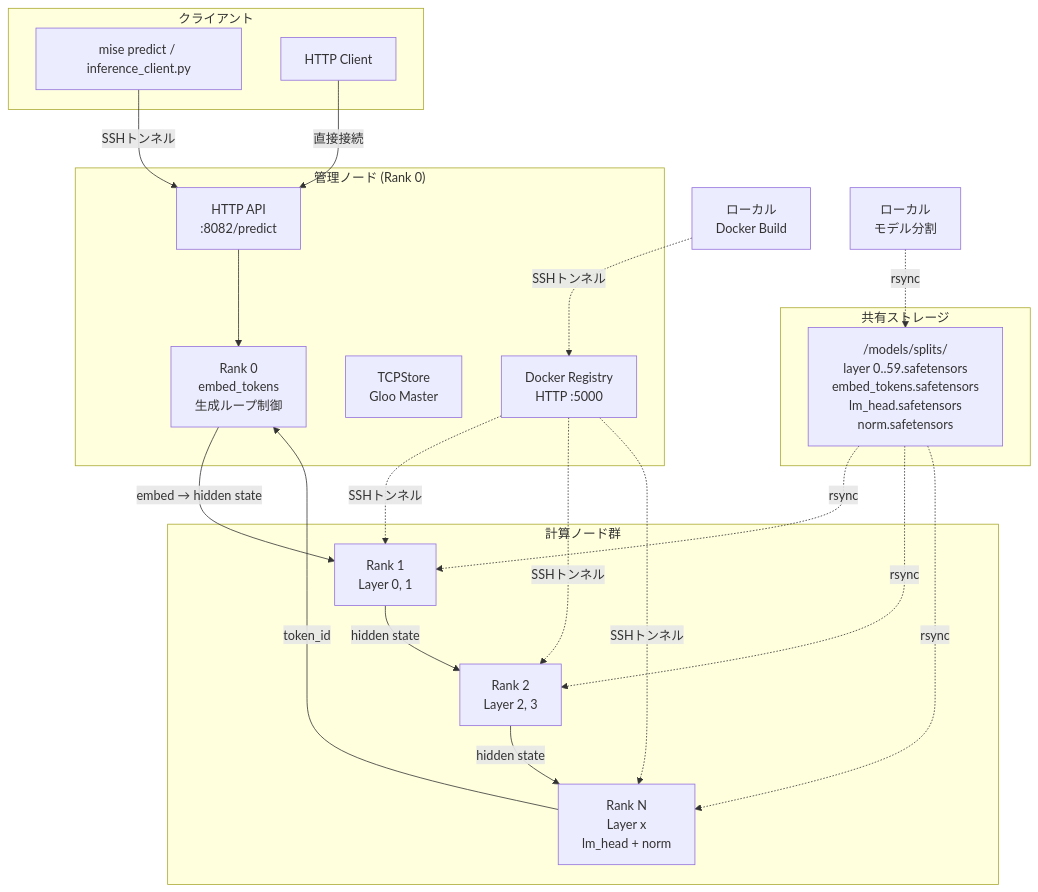
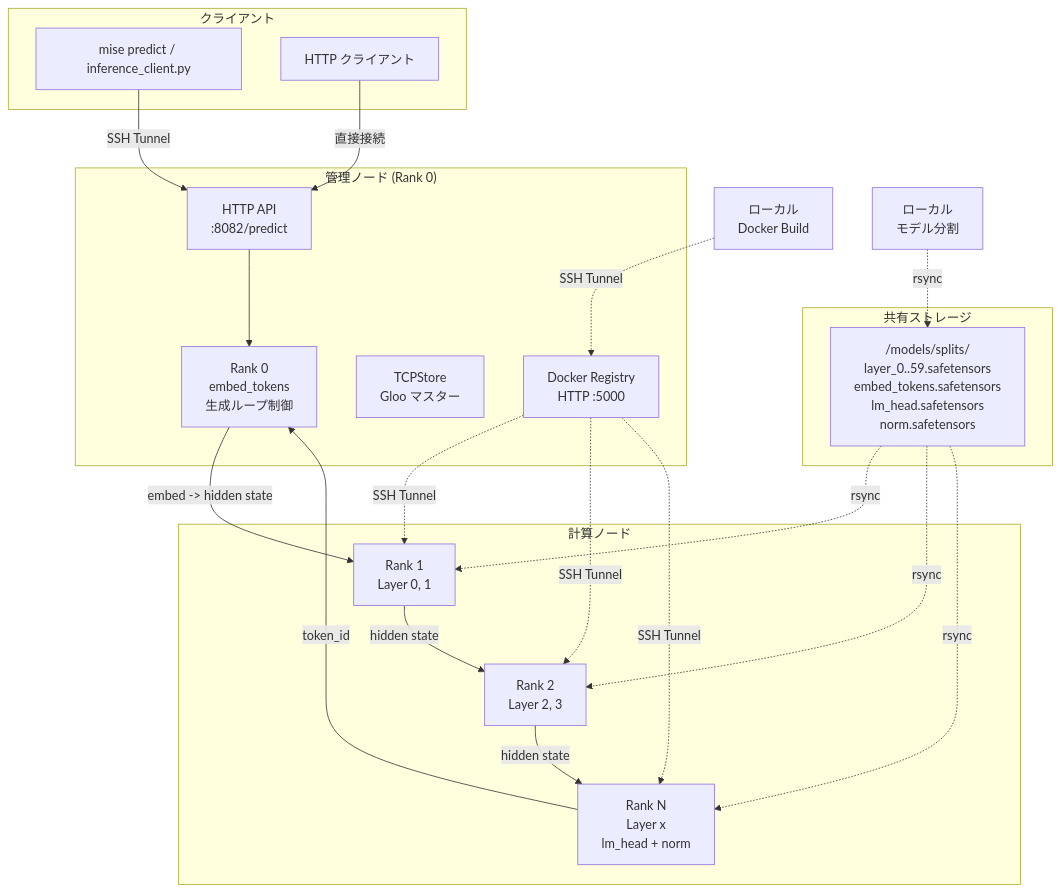
The first of 7 diagrams in README.md (babcs2035/distributed-llm), drawn with Mermaid before and after one commit. The commit also changed other lines of this file and 17 other files, not shown here.

````diff
--- a/README.md
+++ b/README.md
@@ -38,44 +36,44 @@
 ```mermaid
 graph TB
     subgraph Client["クライアント"]
         CLI[mise predict / inference_client.py]
-        HTTP[HTTP Client]
+        HTTP[HTTP クライアント]
     end
 
     subgraph Master["管理ノード (Rank 0)"]
         Reg[Docker Registry<br/>HTTP :5000]
         HTTP_API[HTTP API<br/>:8082/predict]
-        TCPStore[TCPStore<br/>Gloo Master]
+        TCPStore[TCPStore<br/>Gloo マスター]
         R0[Rank 0<br/>embed_tokens<br/>生成ループ制御]
     end
 
-    subgraph Workers["計算ノード群"]
+    subgraph Workers["計算ノード"]
         R1[Rank 1<br/>Layer 0, 1]
         R2[Rank 2<br/>Layer 2, 3]
         RN[Rank N<br/>Layer x<br/>lm_head + norm]
     end
 
     subgraph Storage["共有ストレージ"]
-        Models["/models/splits/<br/>layer 0..59.safetensors<br/>embed_tokens.safetensors<br/>lm_head.safetensors<br/>norm.safetensors"]
+        Models["/models/splits/<br/>layer_0..59.safetensors<br/>embed_tokens.safetensors<br/>lm_head.safetensors<br/>norm.safetensors"]
     end
 
-    CLI -->|SSHトンネル| HTTP_API
+    CLI -->|SSH Tunnel| HTTP_API
     HTTP -->|直接接続| HTTP_API
     HTTP_API --> R0
 
-    R0 -->|embed → hidden state| R1
+    R0 -->|embed -> hidden state| R1
     R1 -->|hidden state| R2
     R2 -->|hidden state| RN
 
     RN -->|token_id| R0
 
-    Build[ローカル<br/>Docker Build] -.SSHトンネル.-> Reg
+    Build[ローカル<br/>Docker Build] -.SSH Tunnel.-> Reg
     Split[ローカル<br/>モデル分割] -.rsync.-> Models
     Models -.rsync.-> R1
     Models -.rsync.-> R2
     Models -.rsync.-> RN
 
-    Reg -.SSHトンネル.-> R1
-    Reg -.SSHトンネル.-> R2
-    Reg -.SSHトンネル.-> RN
+    Reg -.SSH Tunnel.-> R1
+    Reg -.SSH Tunnel.-> R2
+    Reg -.SSH Tunnel.-> RN
 ```
````
